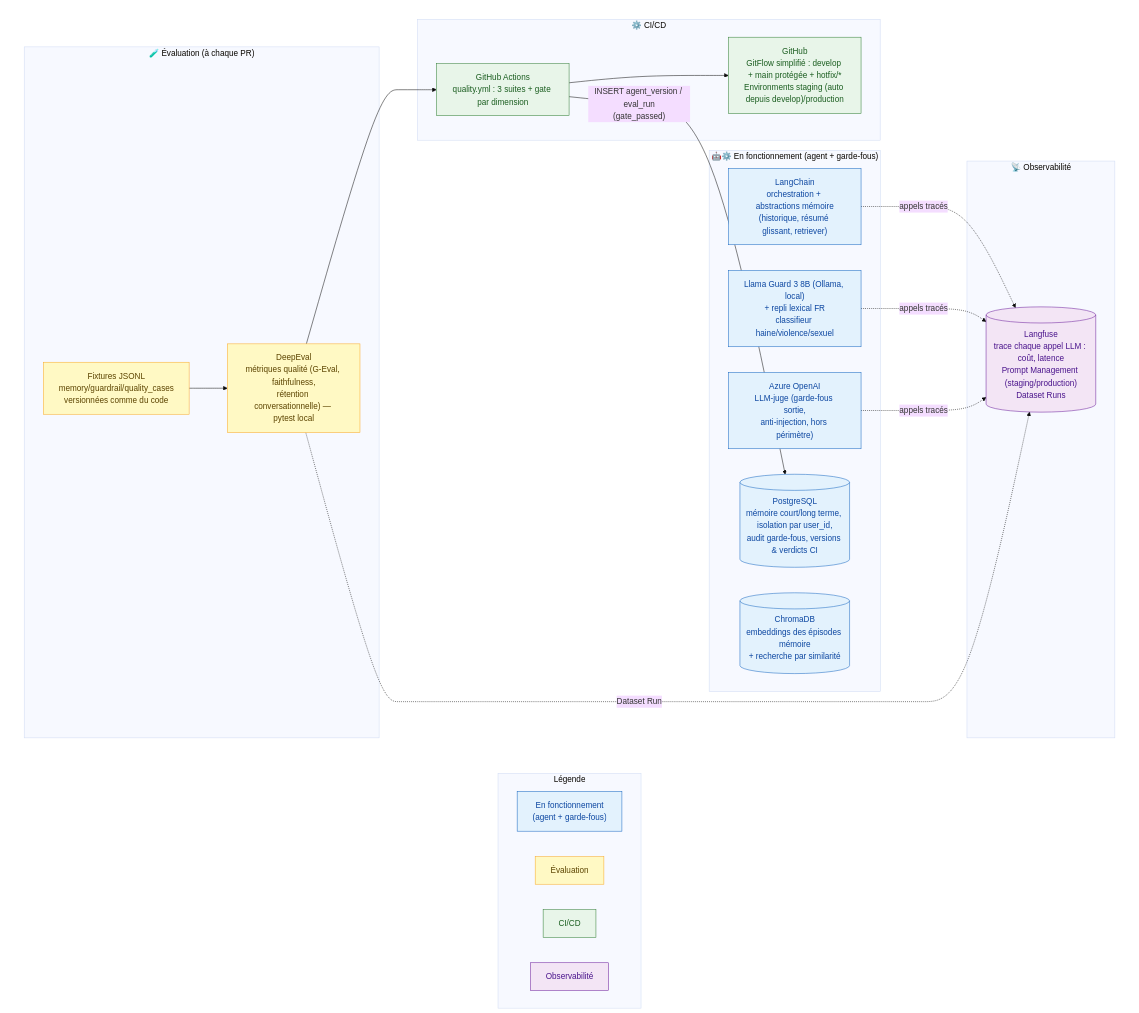
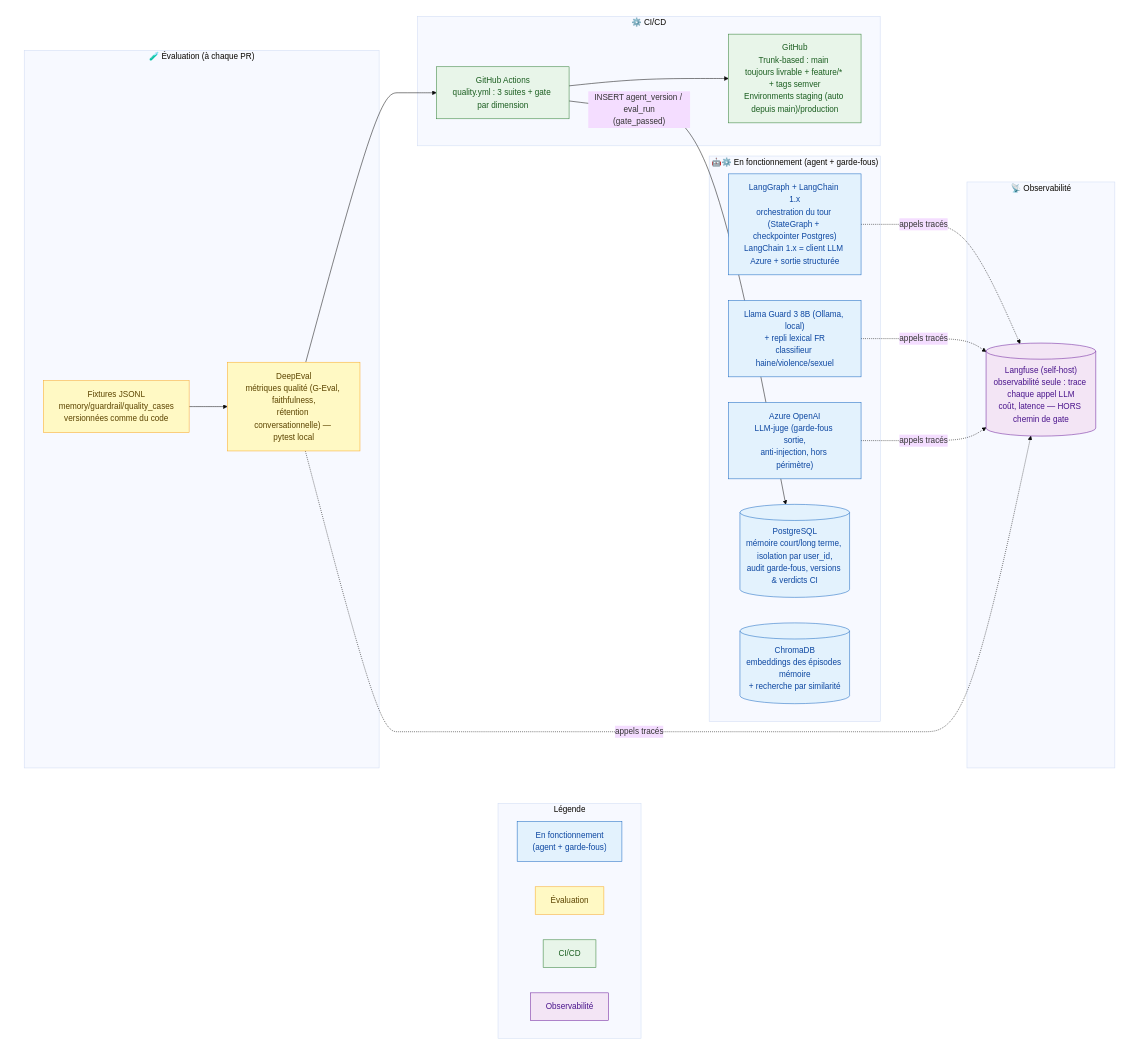
One commit to sofiane-git/velmo-v2 changed the diagram in docs/job/schemas/04-outils.md. Above: the diagram before and after it, drawn with Mermaid (base theme). The commit also changed other lines of this file, not shown here.

First line of the commit message:
docs(schemas): justify each tool choice and record the LLM model deviation

````diff
--- a/docs/job/schemas/04-outils.md
+++ b/docs/job/schemas/04-outils.md
@@ -7,56 +7,56 @@
 ```mermaid
 flowchart TB
     subgraph MAIN[" "]
         subgraph AGENT["🤖⚙️ En fonctionnement (agent + garde-fous)"]
-            LC["LangChain<br/>orchestration + abstractions mémoire<br/>(historique, résumé glissant, retriever)"]
+            LC["LangGraph + LangChain 1.x<br/>orchestration du tour (StateGraph + checkpointer Postgres)<br/>LangChain 1.x = client LLM Azure + sortie structurée"]
             PG[("PostgreSQL<br/>mémoire court/long terme, isolation par user_id,<br/>audit garde-fous, versions & verdicts CI")]
             CH[("ChromaDB<br/>embeddings des épisodes mémoire<br/>+ recherche par similarité")]
             LGM["Llama Guard 3 8B (Ollama, local)<br/>+ repli lexical FR<br/>classifieur haine/violence/sexuel"]
             AZ["Azure OpenAI<br/>LLM-juge (garde-fous sortie,<br/>anti-injection, hors périmètre)"]
         end
 
         subgraph EVAL["🧪 Évaluation (à chaque PR)"]
             JSONL["Fixtures JSONL<br/>memory/guardrail/quality_cases<br/>versionnées comme du code"]
             DE["DeepEval<br/>métriques qualité (G-Eval, faithfulness,<br/>rétention conversationnelle) — pytest local"]
         end
 
         subgraph CI["⚙️ CI/CD"]
             GHA["GitHub Actions<br/>quality.yml : 3 suites + gate par dimension"]
-            GH["GitHub<br/>GitFlow simplifié : develop + main protégée + hotfix/*<br/>Environments staging (auto depuis develop)/production"]
+            GH["GitHub<br/>Trunk-based : main toujours livrable + feature/* + tags semver<br/>Environments staging (auto depuis main)/production"]
         end
 
         subgraph OBS["📡 Observabilité"]
-            LF[("Langfuse<br/>trace chaque appel LLM : coût, latence<br/>Prompt Management (staging/production)<br/>Dataset Runs")]
+            LF[("Langfuse (self-host)<br/>observabilité seule : trace chaque appel LLM<br/>coût, latence — HORS chemin de gate")]
         end
 
         JSONL --> DE --> GHA
         GHA --> GH
         LC -.->|"appels tracés"| LF
         LGM -.->|"appels tracés"| LF
         AZ -.->|"appels tracés"| LF
-        DE -.->|"Dataset Run"| LF
+        DE -.->|"appels tracés"| LF
         GHA -->|"INSERT agent_version / eval_run<br/>(gate_passed)"| PG
     end
 
     MAIN --- LG1
 
     subgraph LEGEND["Légende"]
         direction LR
         LG1["En fonctionnement<br/>(agent + garde-fous)"]
         LG2["Évaluation"]
         LG3["CI/CD"]
         LG4["Observabilité"]
     end
 
     classDef agent fill:#e3f2fd,stroke:#1565c0,color:#0d47a1;
     classDef eval fill:#fff9c4,stroke:#f9a825,color:#5c4400;
     classDef ci fill:#e8f5e9,stroke:#2e7d32,color:#1b5e20;
     classDef obs fill:#f3e5f5,stroke:#6a1b9a,color:#4a148c;
     class LC,PG,CH,LGM,AZ,LG1 agent;
     class JSONL,DE,LG2 eval;
     class GHA,GH,LG3 ci;
     class LF,LG4 obs;
     style MAIN fill:none,stroke:none;
     %% connecteur invisible (force la légende en bas) — index = ordre des flèches, recalculer si le flux change
     linkStyle 8 stroke:none;
 ```
````
